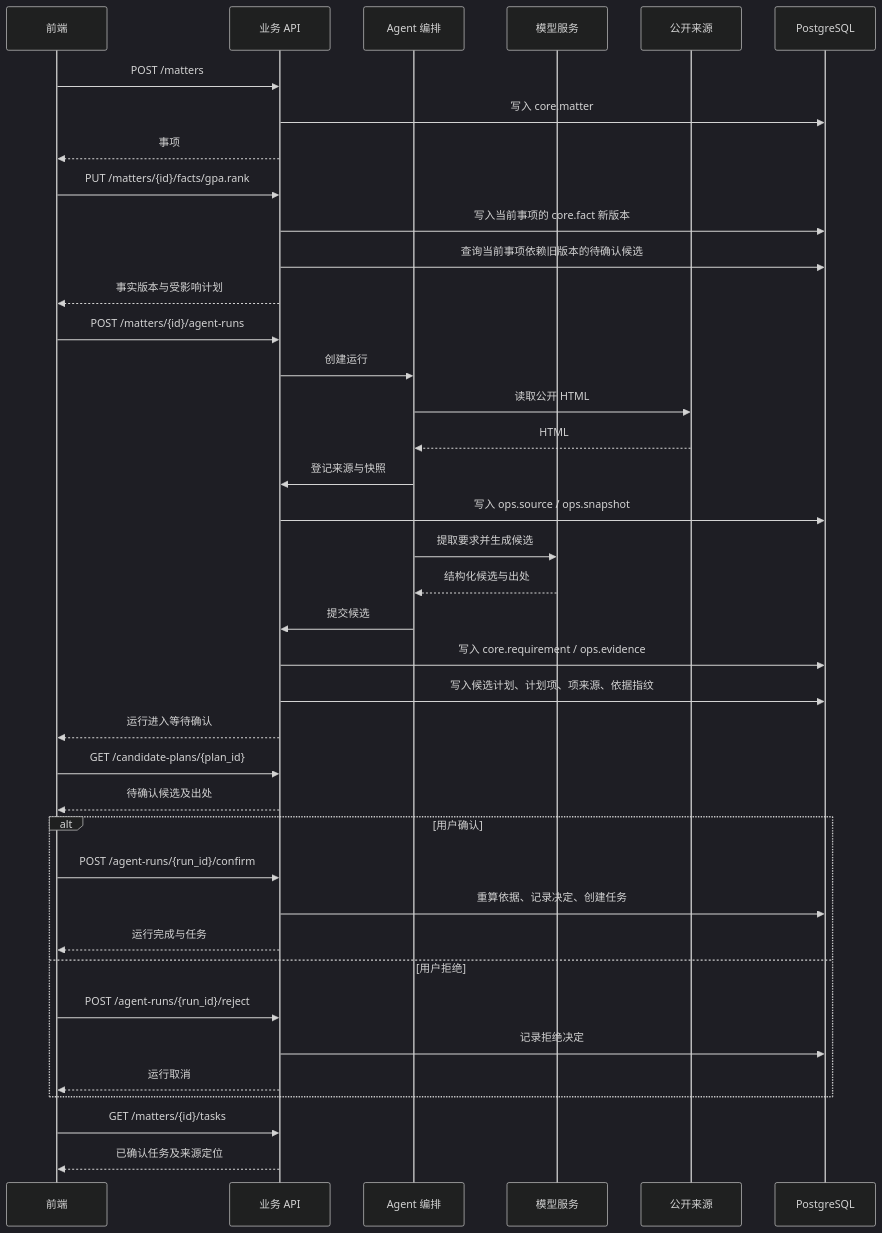
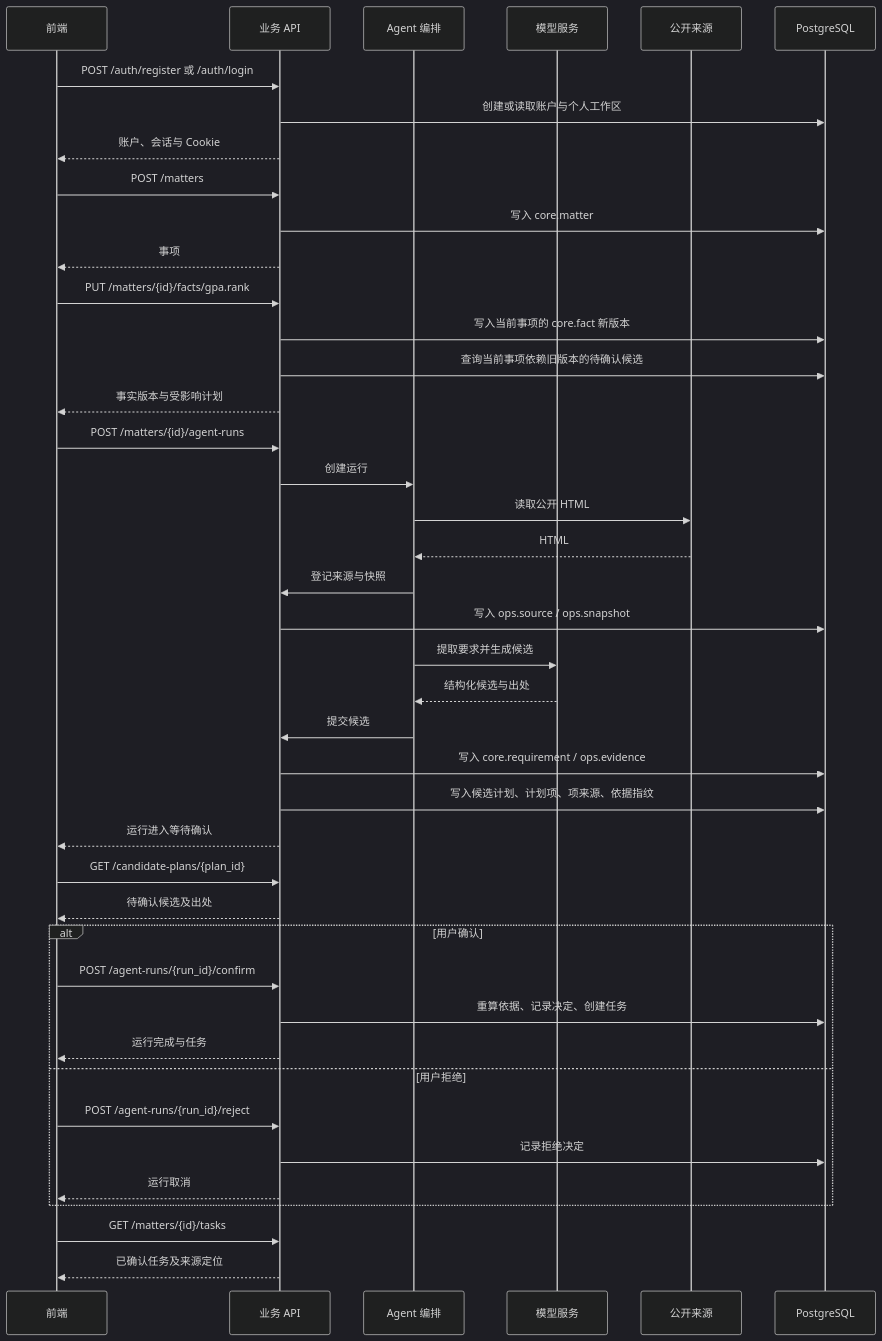
The diagram in docs/backend/api.md (LotteryCamp/OfferPilot), drawn with Mermaid (dark theme) before and after one commit. The commit also changed other lines of this file and 53 other files, not shown here.

````diff
--- a/docs/backend/api.md
+++ b/docs/backend/api.md
@@ -99,47 +103,51 @@
 ```mermaid
 sequenceDiagram
     participant Client as 前端
     participant API as 业务 API
     participant Agent as Agent 编排
     participant Model as 模型服务
     participant Web as 公开来源
     participant DB as PostgreSQL
+
+    Client->>API: POST /auth/register 或 /auth/login
+    API->>DB: 创建或读取账户与个人工作区
+    API-->>Client: 账户、会话与 Cookie
 
     Client->>API: POST /matters
     API->>DB: 写入 core.matter
     API-->>Client: 事项
 
     Client->>API: PUT /matters/{id}/facts/gpa.rank
     API->>DB: 写入当前事项的 core.fact 新版本
     API->>DB: 查询当前事项依赖旧版本的待确认候选
     API-->>Client: 事实版本与受影响计划
 
     Client->>API: POST /matters/{id}/agent-runs
     API->>Agent: 创建运行
     Agent->>Web: 读取公开 HTML
     Web-->>Agent: HTML
     Agent->>API: 登记来源与快照
     API->>DB: 写入 ops.source / ops.snapshot
     Agent->>Model: 提取要求并生成候选
     Model-->>Agent: 结构化候选与出处
     Agent->>API: 提交候选
     API->>DB: 写入 core.requirement / ops.evidence
     API->>DB: 写入候选计划、计划项、项来源、依据指纹
     API-->>Client: 运行进入等待确认
 
     Client->>API: GET /candidate-plans/{plan_id}
     API-->>Client: 待确认候选及出处
 
     alt 用户确认
         Client->>API: POST /agent-runs/{run_id}/confirm
         API->>DB: 重算依据、记录决定、创建任务
         API-->>Client: 运行完成与任务
     else 用户拒绝
         Client->>API: POST /agent-runs/{run_id}/reject
         API->>DB: 记录拒绝决定
         API-->>Client: 运行取消
     end
 
     Client->>API: GET /matters/{id}/tasks
     API-->>Client: 已确认任务及来源定位
 ```
````
